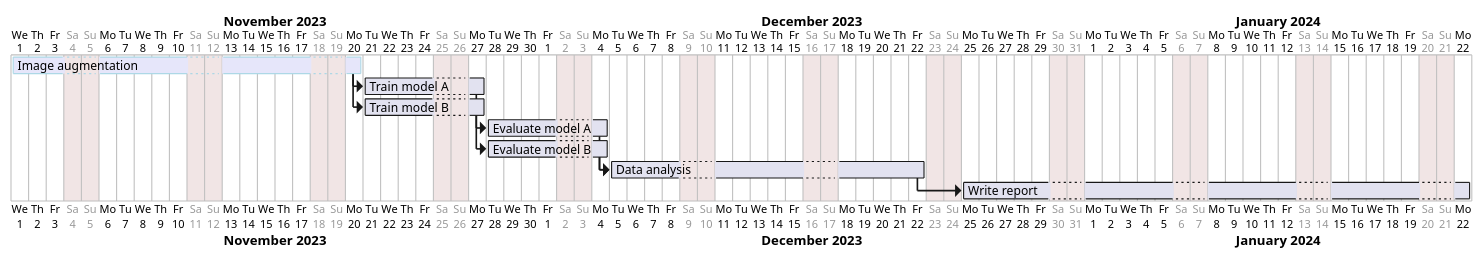
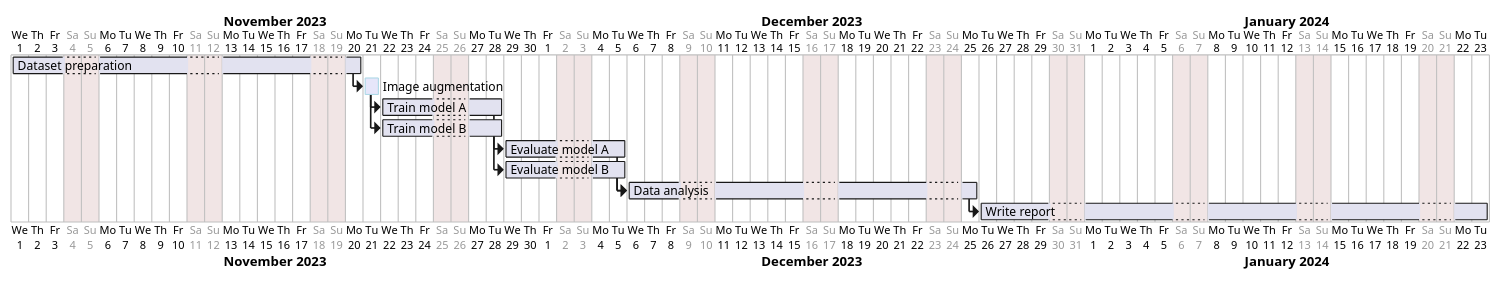
Before and after one commit to avhou/rmai: the diagram in proposal/proposal-timing.puml, drawn with PlantUML. The commit also changed 1 other file, not shown here.

```diff
--- a/proposal/proposal-timing.puml
+++ b/proposal/proposal-timing.puml
@@ -1,22 +1,24 @@
 @startgantt
-[Image augmentation] lasts 14 days
+[Dataset preparation] lasts 14 days
+[Image augmentation] lasts 1 days
 [Train model A] lasts 5 days
 [Train model B] lasts 5 days
 [Evaluate model A] lasts 5 days
 [Evaluate model B] lasts 5 days
 [Data analysis] lasts 14 days
 [Write report] lasts 21 days
 Project starts 2023-11-01
 saturday are closed
 sunday are closed
 
-[Image augmentation] starts 2023-11-01
+[Dataset preparation] starts 2023-11-01
+[Image augmentation] starts at [Dataset preparation]'s end
 [Image augmentation] is colored in Lavender/LightBlue
 [Train model A] starts at [Image augmentation]'s end
 [Evaluate model A] starts at [Train model A]'s end
 [Train model B] starts at [Image augmentation]'s end
 [Evaluate model B] starts at [Train model B]'s end
 [Data analysis] starts at [Evaluate model A]'s end
 [Data analysis] starts at [Evaluate model B]'s end
 [Write report] starts at [Data analysis]'s end
 @endgantt
```
